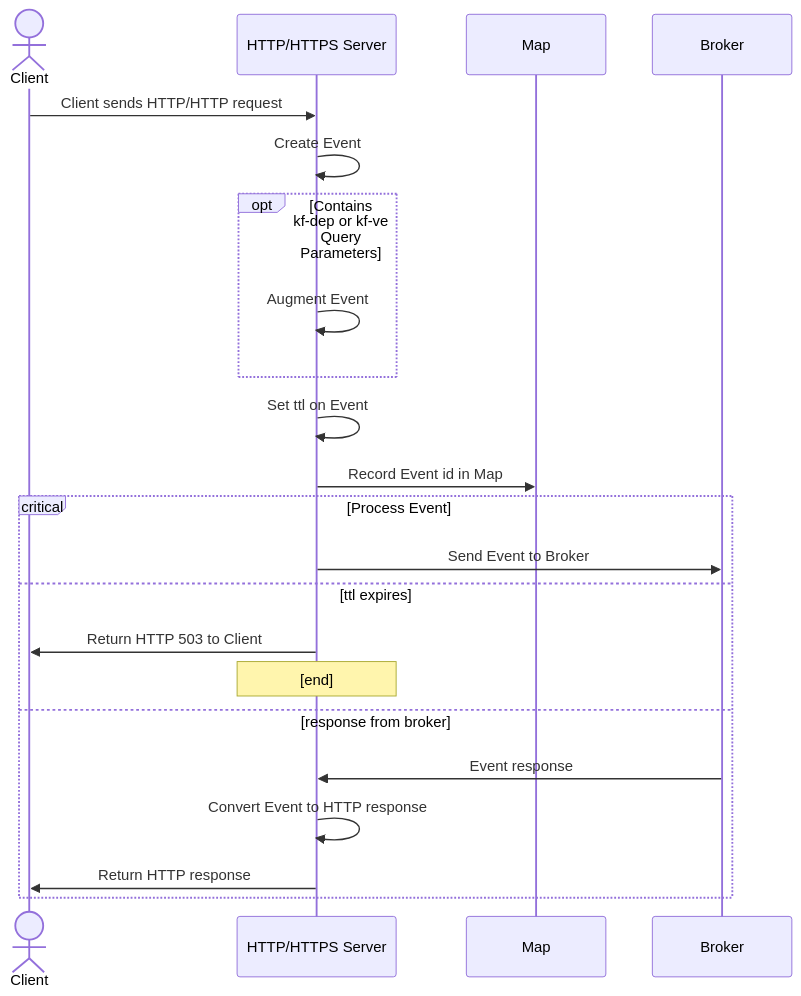
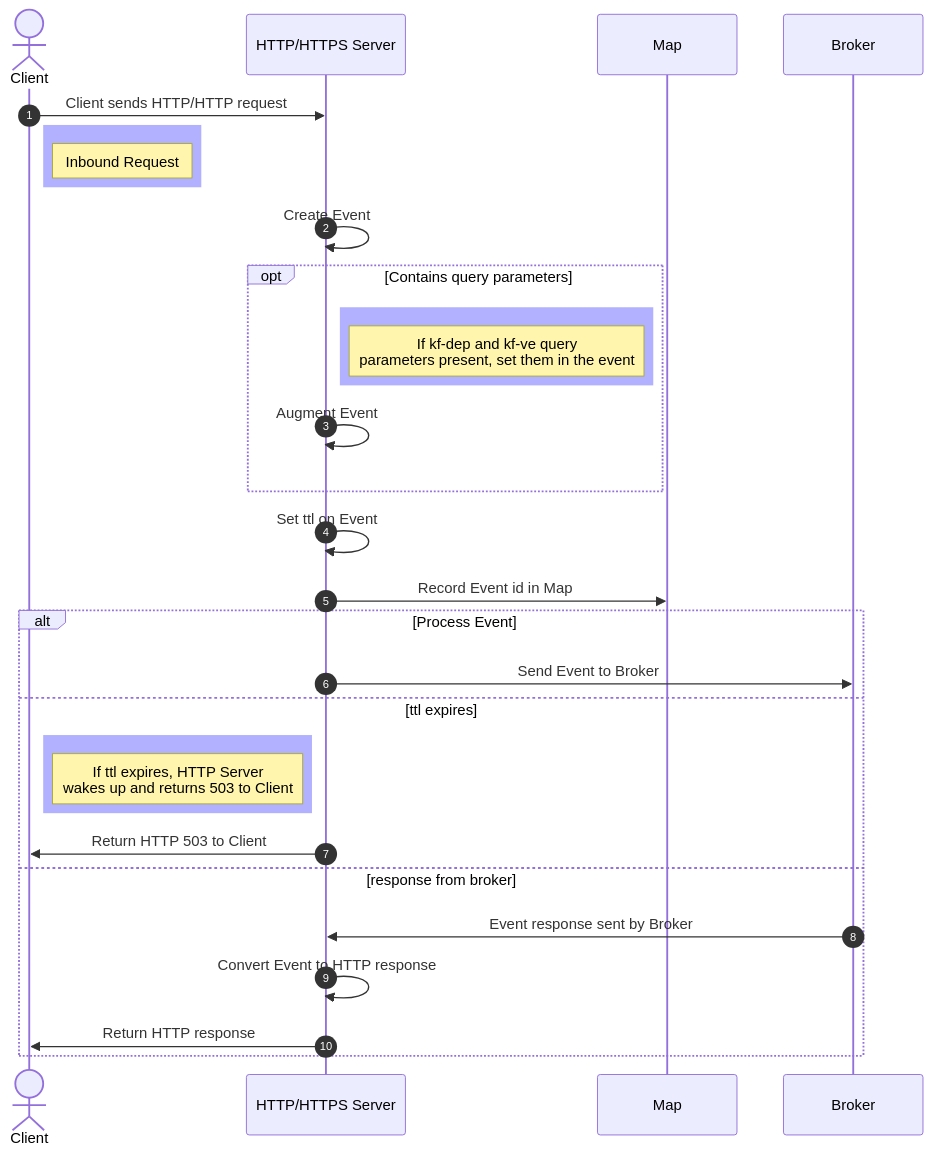
The first of 2 diagrams in docs/design/sequence_diagrams/process_genesis_event_http.md (xigxog/kubefox), drawn with Mermaid before and after one commit. The commit also changed other lines of this file and 2 other files, not shown here.

Commit message:
Initial Component and NATS sequence diagrams

````diff
--- a/docs/design/sequence_diagrams/process_genesis_event_http.md
+++ b/docs/design/sequence_diagrams/process_genesis_event_http.md
@@ -15,30 +20,40 @@
 ```mermaid
   sequenceDiagram
+    autonumber
     actor client as Client
     participant http as HTTP/HTTPS Server
     participant map as Map
     participant broker as Broker
 
     client->>http: Client sends HTTP/HTTP request
     
+    rect rgba(100, 100, 255, .5)
+        Note right of client: Inbound Request
+    end
+
     http->>http: Create Event
-    opt Contains kf-dep or kf-ve Query Parameters
+    opt Contains query parameters
+        rect rgba(100, 100, 255, .5)
+           Note right of http: If kf-dep and kf-ve query<br/>parameters present, set them in the event
+        end
         http->>http: Augment Event
     end
     
     http->>http: Set ttl on Event
 
     http->>map: Record Event id in Map
 
-    critical Process Event
+    alt Process Event
         http->>broker: Send Event to Broker
-    option ttl expires
+    else ttl expires
+        rect rgba(100, 100, 255, .5)
+           Note left of http: If ttl expires, HTTP Server <br/> wakes up and returns 503 to Client
+        end
         http->>client: Return HTTP 503 to Client
-        Note over http: [end]
-    option response from broker
-        broker->>http: Event response
+    else response from broker
+        broker->>http: Event response sent by Broker
         http->>http: Convert Event to HTTP response
         http->>client: Return HTTP response
     end
 
 ```
````
